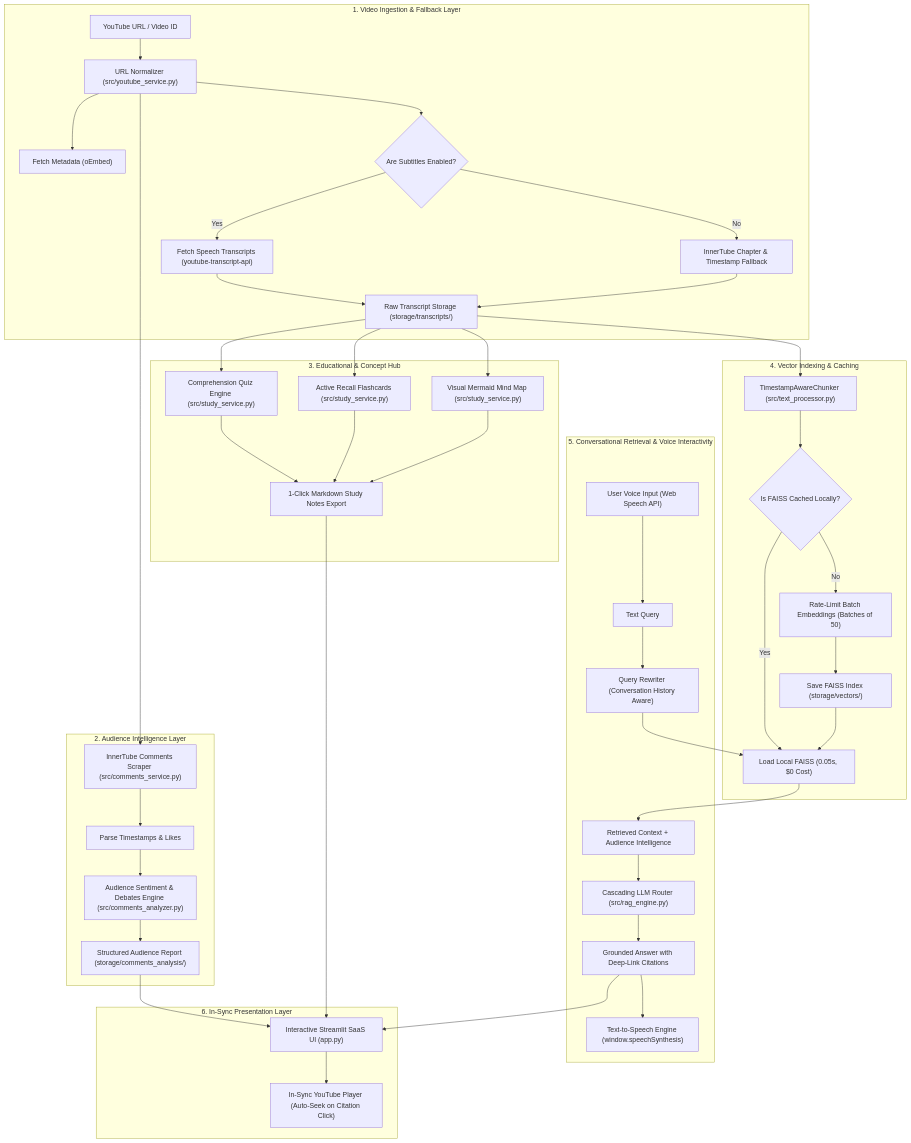
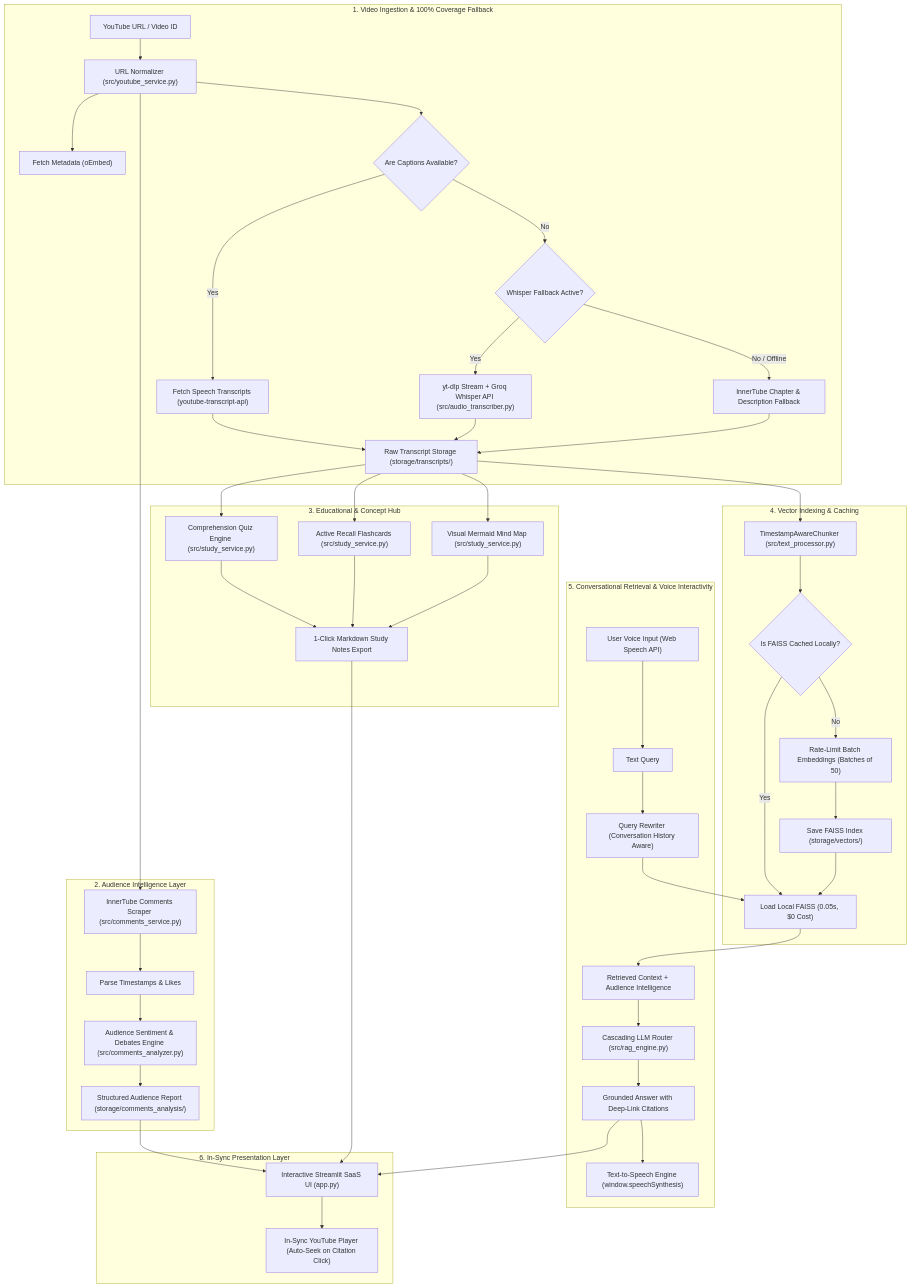
One commit to AnandPatekhede16/Youtube-Chatbot_RAG changed the diagram in README.md. Above: the diagram before and after it, drawn with Mermaid. The commit also changed other lines of this file and 8 other files, not shown here.

Commit message:
feat: implement 100% video coverage with Whisper audio fallback, Gemini 3.8 Flash, and architecture docs

````diff
--- a/README.md
+++ b/README.md
@@ -107,51 +108,54 @@
 ```mermaid
 flowchart TD
-    subgraph INGESTION["1. Video Ingestion & Fallback Layer"]
+    subgraph INGESTION["1. Video Ingestion & 100% Coverage Fallback"]
         A["YouTube URL / Video ID"] --> B["URL Normalizer (src/youtube_service.py)"]
         B --> C["Fetch Metadata (oEmbed)"]
-        B --> D{"Are Subtitles Enabled?"}
+        B --> D{"Are Captions Available?"}
         D -- Yes --> E["Fetch Speech Transcripts (youtube-transcript-api)"]
-        D -- No --> F["InnerTube Chapter & Timestamp Fallback"]
-        E --> G["Raw Transcript Storage (storage/transcripts/)"]
-        F --> G
+        D -- No --> F{"Whisper Fallback Active?"}
+        F -- Yes --> G1["yt-dlp Stream + Groq Whisper API (src/audio_transcriber.py)"]
+        F -- No / Offline --> G2["InnerTube Chapter & Description Fallback"]
+        E --> H["Raw Transcript Storage (storage/transcripts/)"]
+        G1 --> H
+        G2 --> H
     end
 
     subgraph AUDIENCE["2. Audience Intelligence Layer"]
-        B --> H["InnerTube Comments Scraper (src/comments_service.py)"]
-        H --> I["Parse Timestamps & Likes"]
-        I --> J["Audience Sentiment & Debates Engine (src/comments_analyzer.py)"]
-        J --> K["Structured Audience Report (storage/comments_analysis/)"]
+        B --> I["InnerTube Comments Scraper (src/comments_service.py)"]
+        I --> J["Parse Timestamps & Likes"]
+        J --> K["Audience Sentiment & Debates Engine (src/comments_analyzer.py)"]
+        K --> L["Structured Audience Report (storage/comments_analysis/)"]
     end
 
     subgraph STUDY_LAYER["3. Educational & Concept Hub"]
-        G --> L1["Comprehension Quiz Engine (src/study_service.py)"]
-        G --> L2["Active Recall Flashcards (src/study_service.py)"]
-        G --> L3["Visual Mermaid Mind Map (src/study_service.py)"]
-        L1 & L2 & L3 --> L4["1-Click Markdown Study Notes Export"]
+        H --> M1["Comprehension Quiz Engine (src/study_service.py)"]
+        H --> M2["Active Recall Flashcards (src/study_service.py)"]
+        H --> M3["Visual Mermaid Mind Map (src/study_service.py)"]
+        M1 & M2 & M3 --> M4["1-Click Markdown Study Notes Export"]
     end
 
     subgraph INDEXING["4. Vector Indexing & Caching"]
-        G --> M["TimestampAwareChunker (src/text_processor.py)"]
-        M --> N{"Is FAISS Cached Locally?"}
-        N -- Yes --> O["Load Local FAISS (0.05s, $0 Cost)"]
-        N -- No --> P["Rate-Limit Batch Embeddings (Batches of 50)"]
-        P --> Q["Save FAISS Index (storage/vectors/)"]
-        Q --> O
+        H --> N["TimestampAwareChunker (src/text_processor.py)"]
+        N --> O{"Is FAISS Cached Locally?"}
+        O -- Yes --> P["Load Local FAISS (0.05s, $0 Cost)"]
+        O -- No --> Q["Rate-Limit Batch Embeddings (Batches of 50)"]
+        Q --> R["Save FAISS Index (storage/vectors/)"]
+        R --> P
     end
 
     subgraph RAG_CORE["5. Conversational Retrieval & Voice Interactivity"]
-        R1["User Voice Input (Web Speech API)"] --> R2["Text Query"]
-        R2 --> S["Query Rewriter (Conversation History Aware)"]
-        S --> O
-        O --> T["Retrieved Context + Audience Intelligence"]
-        T --> U["Cascading LLM Router (src/rag_engine.py)"]
-        U --> V["Grounded Answer with Deep-Link Citations"]
-        V --> W["Text-to-Speech Engine (window.speechSynthesis)"]
+        S1["User Voice Input (Web Speech API)"] --> S2["Text Query"]
+        S2 --> T["Query Rewriter (Conversation History Aware)"]
+        T --> P
+        P --> U["Retrieved Context + Audience Intelligence"]
+        U --> V["Cascading LLM Router (src/rag_engine.py)"]
+        V --> W["Grounded Answer with Deep-Link Citations"]
+        W --> X["Text-to-Speech Engine (window.speechSynthesis)"]
     end
 
     subgraph UI["6. In-Sync Presentation Layer"]
-        V --> X["Interactive Streamlit SaaS UI (app.py)"]
-        X --> Y["In-Sync YouTube Player (Auto-Seek on Citation Click)"]
-        K & L4 --> X
+        W --> Y["Interactive Streamlit SaaS UI (app.py)"]
+        Y --> Z["In-Sync YouTube Player (Auto-Seek on Citation Click)"]
+        L & M4 --> Y
     end
 ```
````
